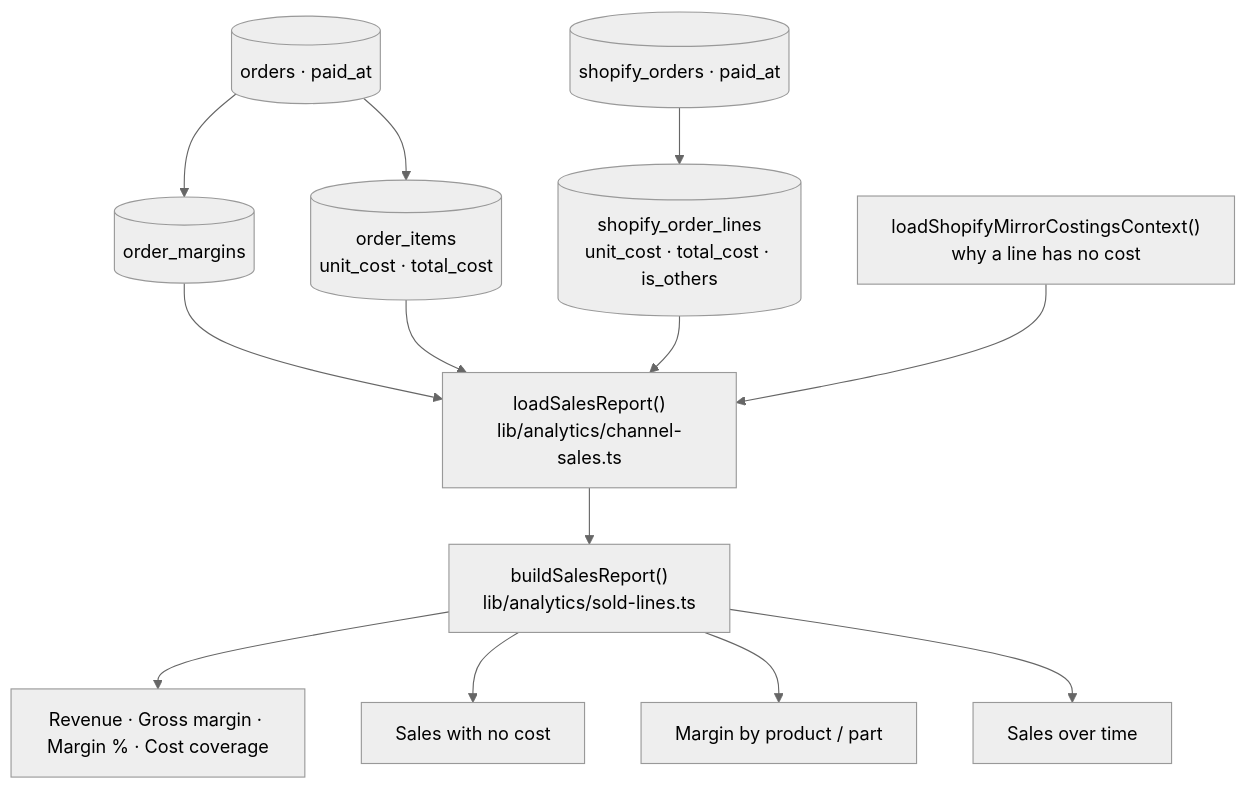
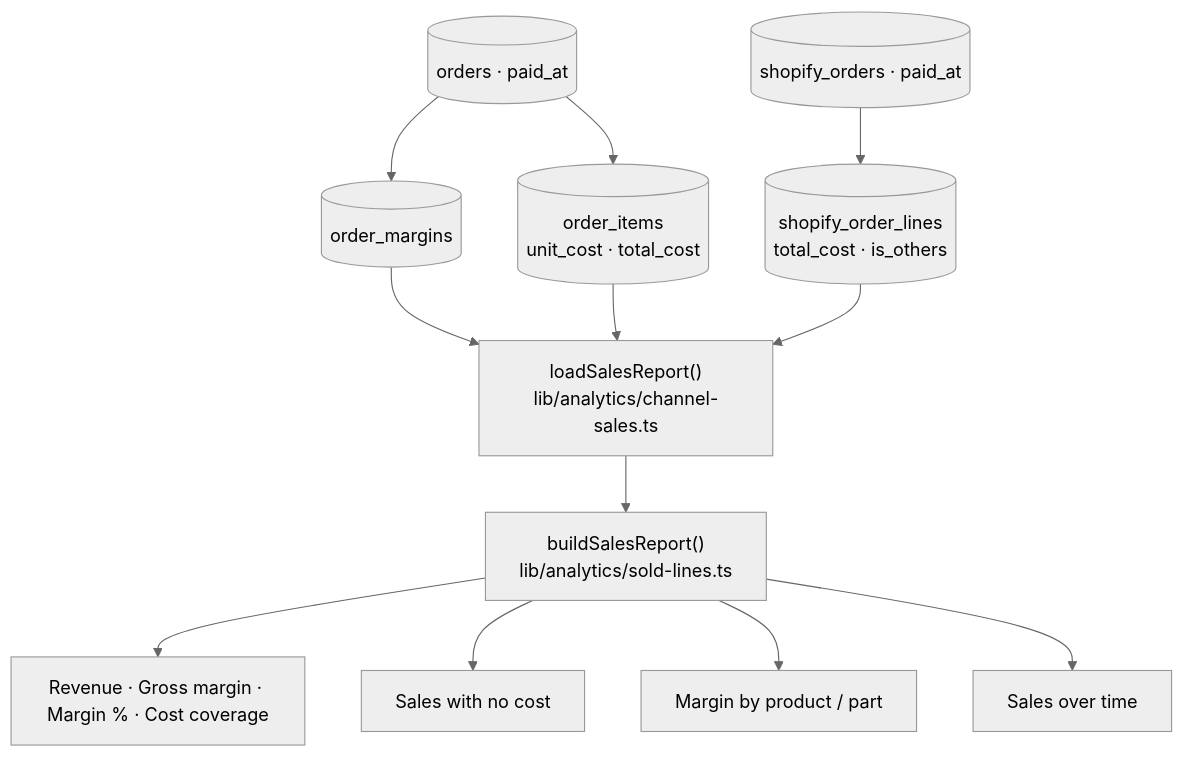
Before and after one commit to ivanyeors/mp: the diagram in docs/data-flows/analytics.md, drawn with Mermaid (neutral theme). The commit also changed other lines of this file and 17 other files, not shown here.

First line of the commit message:
Remove the Shopify work: the mirror is read as stored

````diff
--- a/docs/data-flows/analytics.md
+++ b/docs/data-flows/analytics.md
@@ -9,15 +9,14 @@
 ```mermaid
 flowchart TD
   o[(orders · paid_at)] --> pm[(order_margins)]
   o --> oi[(order_items<br/>unit_cost · total_cost)]
-  so[(shopify_orders · paid_at)] --> sl[(shopify_order_lines<br/>unit_cost · total_cost · is_others)]
+  so[(shopify_orders · paid_at)] --> sl[(shopify_order_lines<br/>total_cost · is_others)]
   pm --> load["loadSalesReport()<br/>lib/analytics/channel-sales.ts"]
   oi --> load
   sl --> load
-  ctx["loadShopifyMirrorCostingsContext()<br/>why a line has no cost"] --> load
   load --> rep["buildSalesReport()<br/>lib/analytics/sold-lines.ts"]
   rep --> kpi["Revenue · Gross margin · Margin % · Cost coverage"]
   rep --> gaps["Sales with no cost"]
   rep --> bd["Margin by product / part"]
   rep --> tl["Sales over time"]
 ```
````
